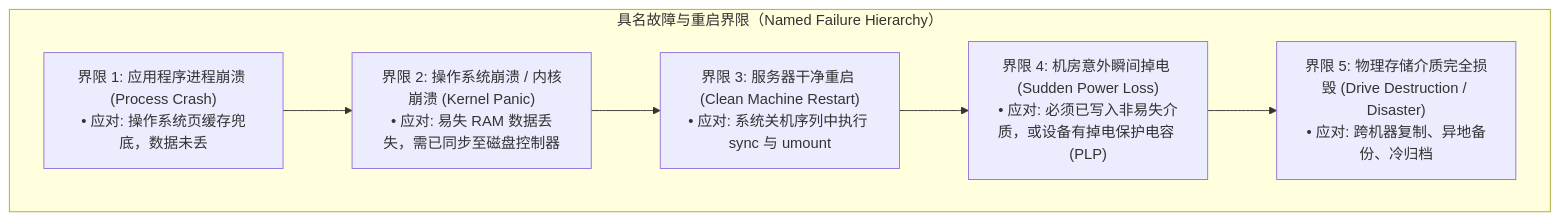
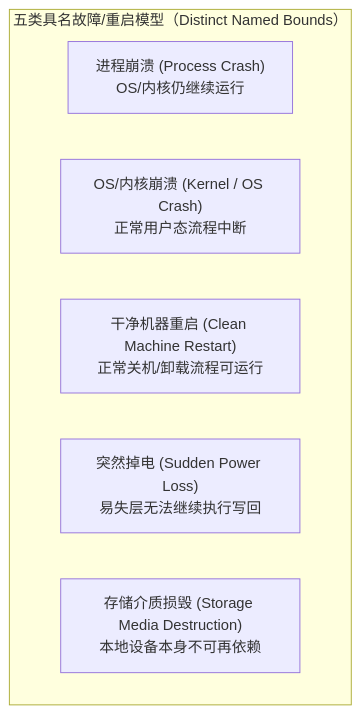
Before and after one commit to CN-JJB/essential-cs: the first of 3 diagrams in book/09-storage-engine-durable-storage/L09-01.md, drawn with Mermaid. The commit also changed other lines of this file, not shown here.

Commit message:
Lead SIMPLE FIX: make durability failure bounds non-hierarchical

````diff
--- a/book/09-storage-engine-durable-storage/L09-01.md
+++ b/book/09-storage-engine-durable-storage/L09-01.md
@@ -52,12 +54,11 @@
 ```mermaid
 flowchart TD
-    subgraph FailureHierarchy["具名故障与重启界限（Named Failure Hierarchy）"]
-        F1["界限 1: 应用程序进程崩溃 (Process Crash)<br>• 应对: 操作系统页缓存兜底，数据未丢"]
-        F2["界限 2: 操作系统崩溃 / 内核崩溃 (Kernel Panic)<br>• 应对: 易失 RAM 数据丢失，需已同步至磁盘控制器"]
-        F3["界限 3: 服务器干净重启 (Clean Machine Restart)<br>• 应对: 系统关机序列中执行 sync 与 umount"]
-        F4["界限 4: 机房意外瞬间掉电 (Sudden Power Loss)<br>• 应对: 必须已写入非易失介质，或设备有掉电保护电容 (PLP)"]
-        F5["界限 5: 物理存储介质完全损毁 (Drive Destruction / Disaster)<br>• 应对: 跨机器复制、异地备份、冷归档"]
+    subgraph FailureModels["五类具名故障/重启模型（Distinct Named Bounds）"]
+        F1["进程崩溃 (Process Crash)<br>OS/内核仍继续运行"]
+        F2["OS/内核崩溃 (Kernel / OS Crash)<br>正常用户态流程中断"]
+        F3["干净机器重启 (Clean Machine Restart)<br>正常关机/卸载流程可运行"]
+        F4["突然掉电 (Sudden Power Loss)<br>易失层无法继续执行写回"]
+        F5["存储介质损毁 (Storage Media Destruction)<br>本地设备本身不可再依赖"]
     end
 
-    F1 --> F2 --> F3 --> F4 --> F5
 ```
````
